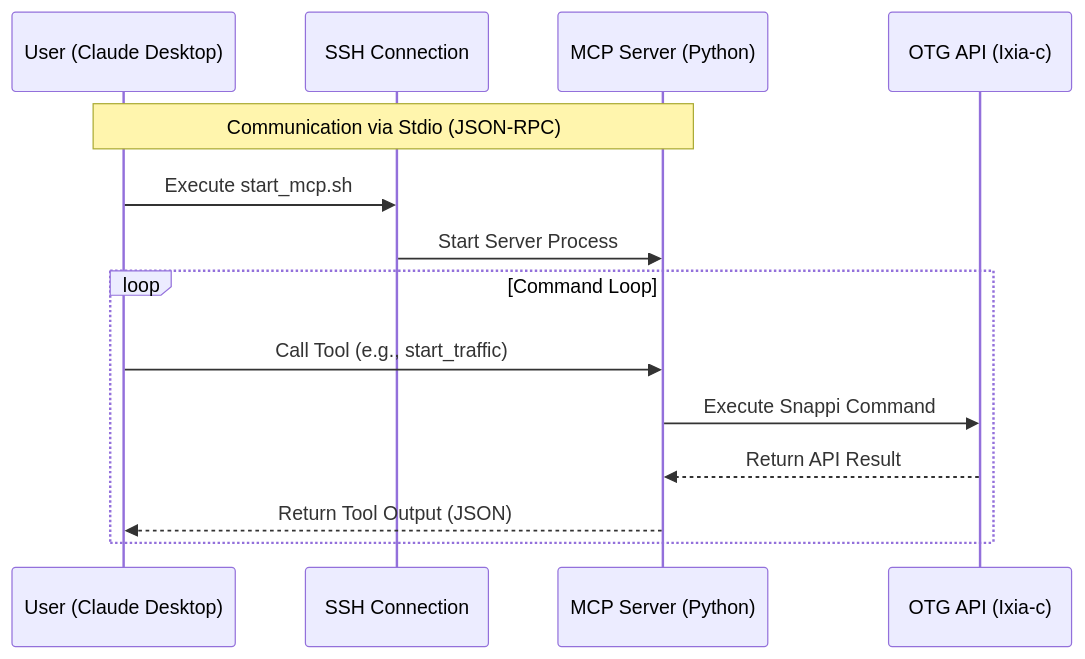
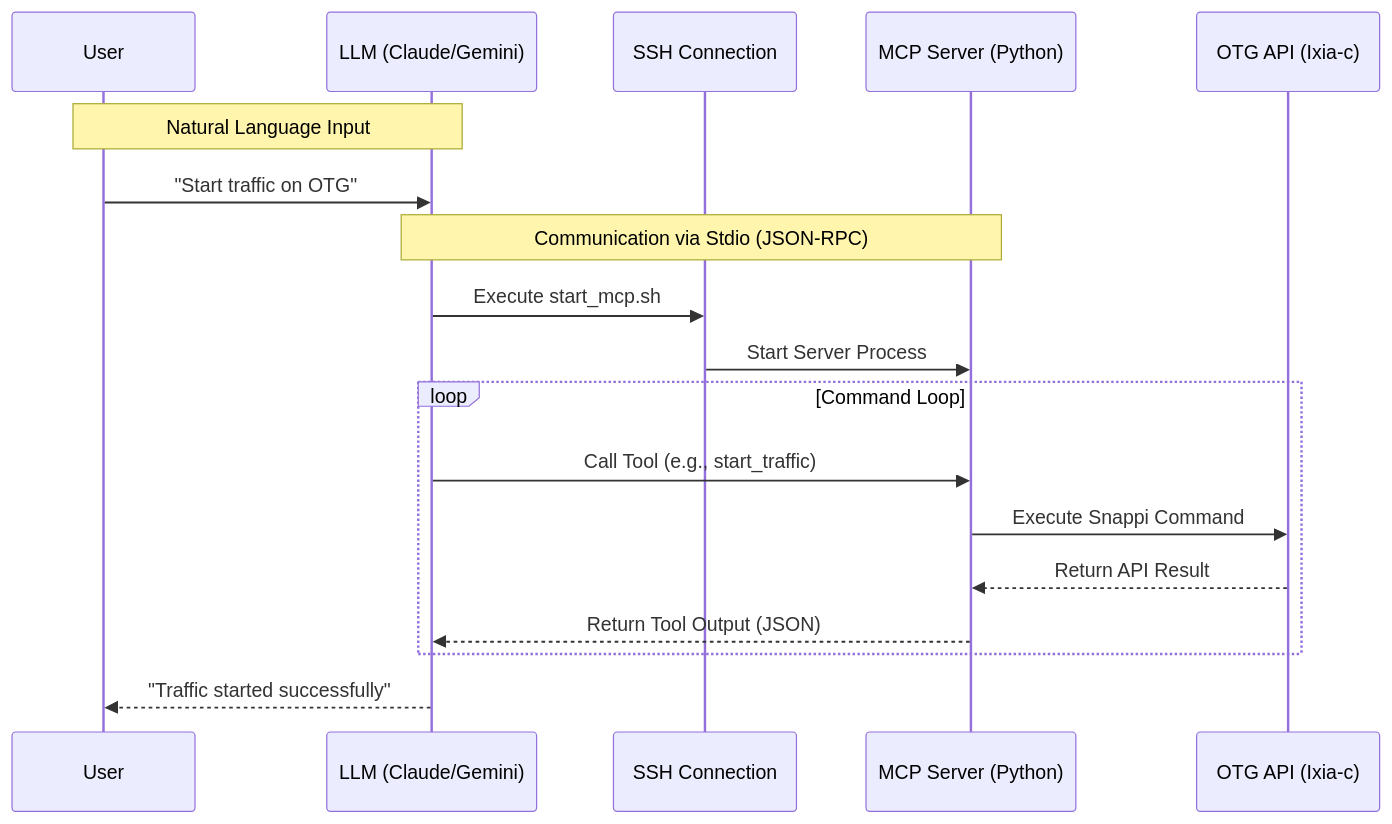
The second of 2 diagrams in README.md (tadashota212/otg-test), drawn with Mermaid before and after one commit.

Commit message:
Update architecture diagram to include LLM layer

````diff
--- a/README.md
+++ b/README.md
@@ -107,18 +107,24 @@
 ```mermaid
 sequenceDiagram
-    participant User as User (Claude Desktop)
+    participant User as User
+    participant LLM as LLM (Claude/Gemini)
     participant SSH as SSH Connection
     participant MCP as MCP Server (Python)
     participant OTG as OTG API (Ixia-c)
 
-    Note over User, MCP: Communication via Stdio (JSON-RPC)
-    User->>SSH: Execute start_mcp.sh
+    Note over User, LLM: Natural Language Input
+    User->>LLM: "Start traffic on OTG"
+    
+    Note over LLM, MCP: Communication via Stdio (JSON-RPC)
+    LLM->>SSH: Execute start_mcp.sh
     SSH->>MCP: Start Server Process
     
     loop Command Loop
-        User->>MCP: Call Tool (e.g., start_traffic)
+        LLM->>MCP: Call Tool (e.g., start_traffic)
         MCP->>OTG: Execute Snappi Command
         OTG-->>MCP: Return API Result
-        MCP-->>User: Return Tool Output (JSON)
+        MCP-->>LLM: Return Tool Output (JSON)
     end
+    
+    LLM-->>User: "Traffic started successfully"
 ```
````
